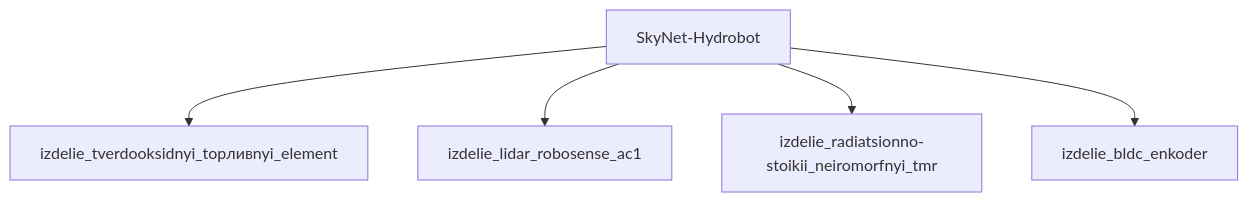
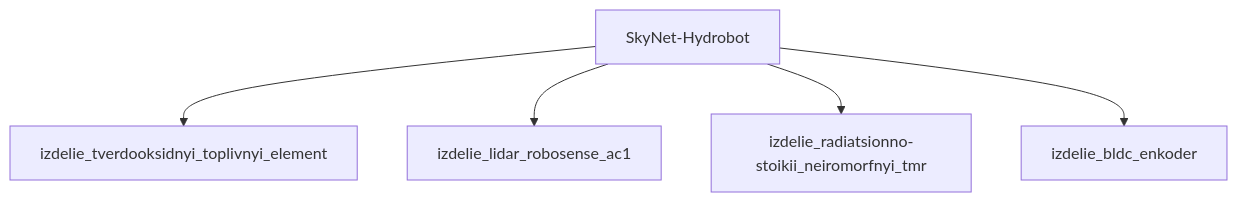
One commit to a-m-e-n-t-e-t/SkyNet changed the diagram in результаты/модели/hydrobot/фантастическая реализация/_index.md. Above: the diagram before and after it, drawn with Mermaid. The commit also changed other lines of this file and 53 other files, not shown here.

````diff
--- a/результаты/модели/hydrobot/фантастическая реализация/_index.md
+++ b/результаты/модели/hydrobot/фантастическая реализация/_index.md
@@ -167,12 +121,12 @@
 ```mermaid
 graph TD
     SkyNet_Hydrobot["SkyNet-Hydrobot"]
-    izdelie_tverdooksidnyi_top___nyi_element["izdelie_tverdooksidnyi_topливnyi_element"]
-    SkyNet_Hydrobot --> izdelie_tverdooksidnyi_top___nyi_element
+    izdelie_tverdooksidnyi_toplivnyi_element["izdelie_tverdooksidnyi_toplivnyi_element"]
+    SkyNet_Hydrobot --> izdelie_tverdooksidnyi_toplivnyi_element
     izdelie_lidar_robosense_ac1["izdelie_lidar_robosense_ac1"]
     SkyNet_Hydrobot --> izdelie_lidar_robosense_ac1
     izdelie_radiatsionno_stoikii_neiromorfnyi_tmr["izdelie_radiatsionno-stoikii_neiromorfnyi_tmr"]
     SkyNet_Hydrobot --> izdelie_radiatsionno_stoikii_neiromorfnyi_tmr
     izdelie_bldc_enkoder["izdelie_bldc_enkoder"]
     SkyNet_Hydrobot --> izdelie_bldc_enkoder
 ```
````
